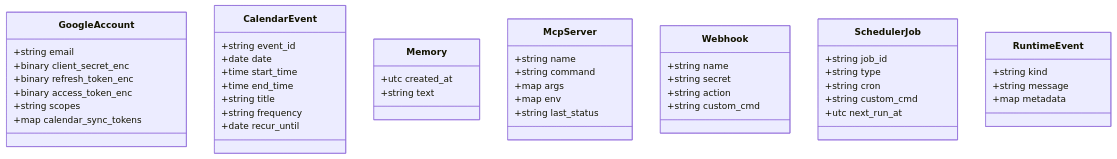
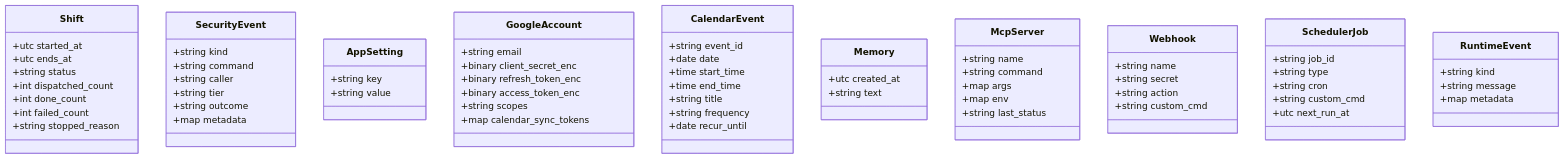
One commit to hightowerbuilds/buster-claw changed the fourth of 8 diagrams in docs/UML.md. Above: the diagram before and after it, drawn with Mermaid. The commit also changed other lines of this file and 14 other files, not shown here.

````diff
--- a/docs/UML.md
+++ b/docs/UML.md
@@ -209,49 +197,70 @@
 ```mermaid
 classDiagram
+    class Shift {
+        +utc started_at
+        +utc ends_at
+        +string status
+        +int dispatched_count
+        +int done_count
+        +int failed_count
+        +string stopped_reason
+    }
+    class SecurityEvent {
+        +string kind
+        +string command
+        +string caller
+        +string tier
+        +string outcome
+        +map metadata
+    }
+    class AppSetting {
+        +string key
+        +string value
+    }
     class GoogleAccount {
         +string email
         +binary client_secret_enc
         +binary refresh_token_enc
         +binary access_token_enc
         +string scopes
         +map calendar_sync_tokens
     }
     class CalendarEvent {
         +string event_id
         +date date
         +time start_time
         +time end_time
         +string title
         +string frequency
         +date recur_until
     }
     class Memory {
         +utc created_at
         +string text
     }
     class McpServer {
         +string name
         +string command
         +map args
         +map env
         +string last_status
     }
     class Webhook {
         +string name
         +string secret
         +string action
         +string custom_cmd
     }
     class SchedulerJob {
         +string job_id
         +string type
         +string cron
         +string custom_cmd
         +utc next_run_at
     }
     class RuntimeEvent {
         +string kind
         +string message
         +map metadata
     }
 ```
````
